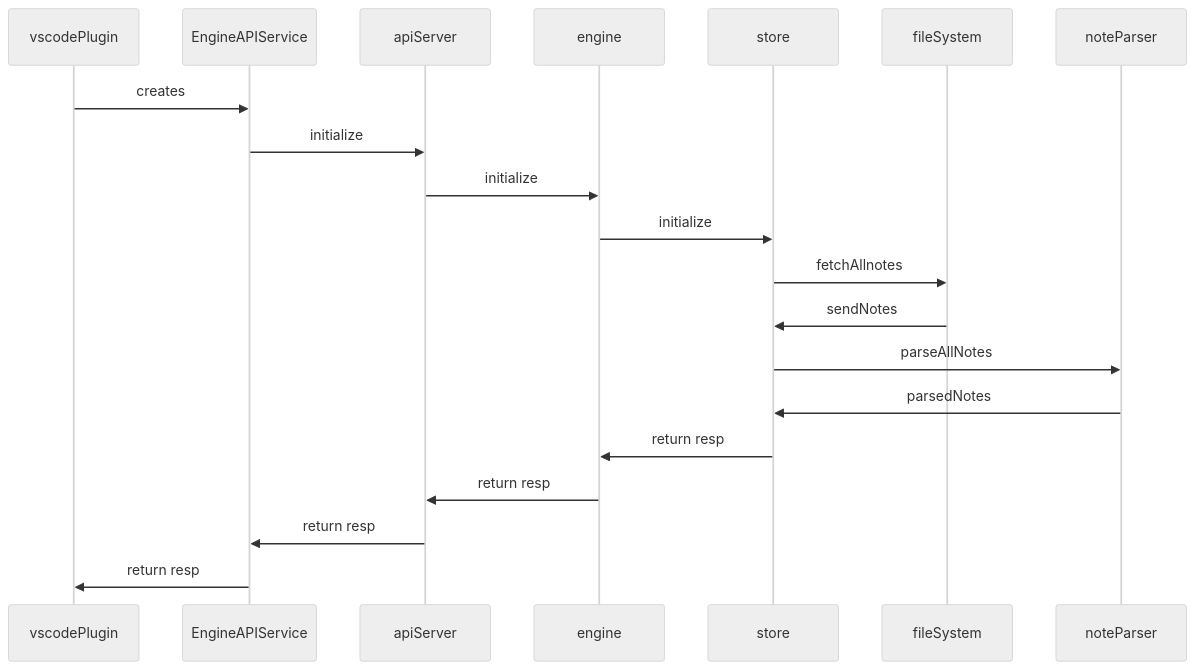
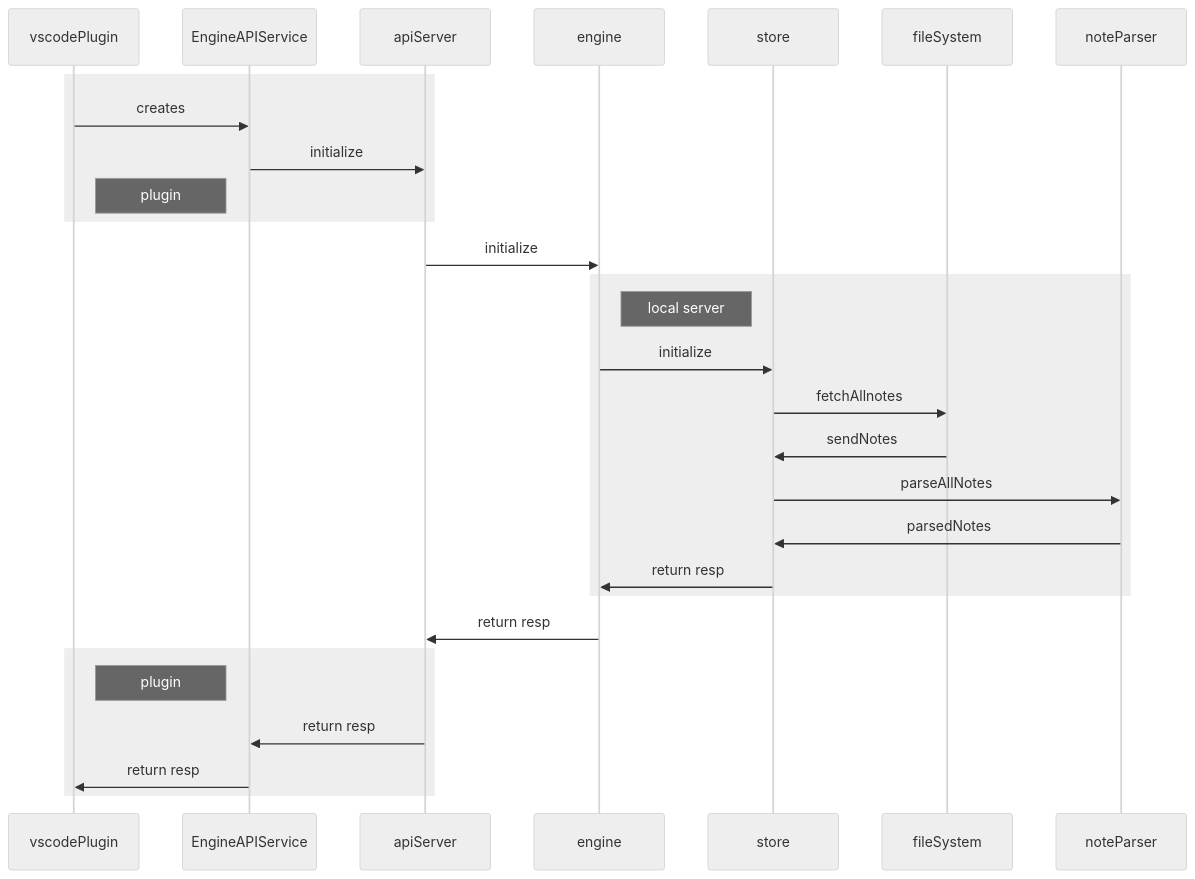
Before and after one commit to dendronhq/dendron-docs: the diagram in vault/pkg.dendron-engine.arch.lifecycle.md, drawn with Mermaid (neutral theme). The commit also changed other lines of this file and 3 other files, not shown here.

````diff
--- a/vault/pkg.dendron-engine.arch.lifecycle.md
+++ b/vault/pkg.dendron-engine.arch.lifecycle.md
@@ -11,22 +13,36 @@
 ```mermaid
 sequenceDiagram
     participant vscodePlugin
     participant EngineAPIService
     participant apiServer
     participant engine
     participant store
     participant fileSystem
     participant noteParser
+
+    rect 
     vscodePlugin->>EngineAPIService: creates
     EngineAPIService->>apiServer: initialize
+    note right of vscodePlugin: plugin 
+    end
+
     apiServer->>engine: initialize
+
+    rect 
+    note right of engine: local server
     engine->>store: initialize
     store->>fileSystem: fetchAllnotes
     fileSystem->>store: sendNotes;
     store->>noteParser: parseAllNotes
     noteParser->>store: parsedNotes
     store->>engine: return resp
+    end
+
     engine->>apiServer: return resp
+
+    rect 
+    note right of vscodePlugin: plugin 
     apiServer->>EngineAPIService: return resp
     EngineAPIService->>vscodePlugin: return resp
+    end
 ```
````
